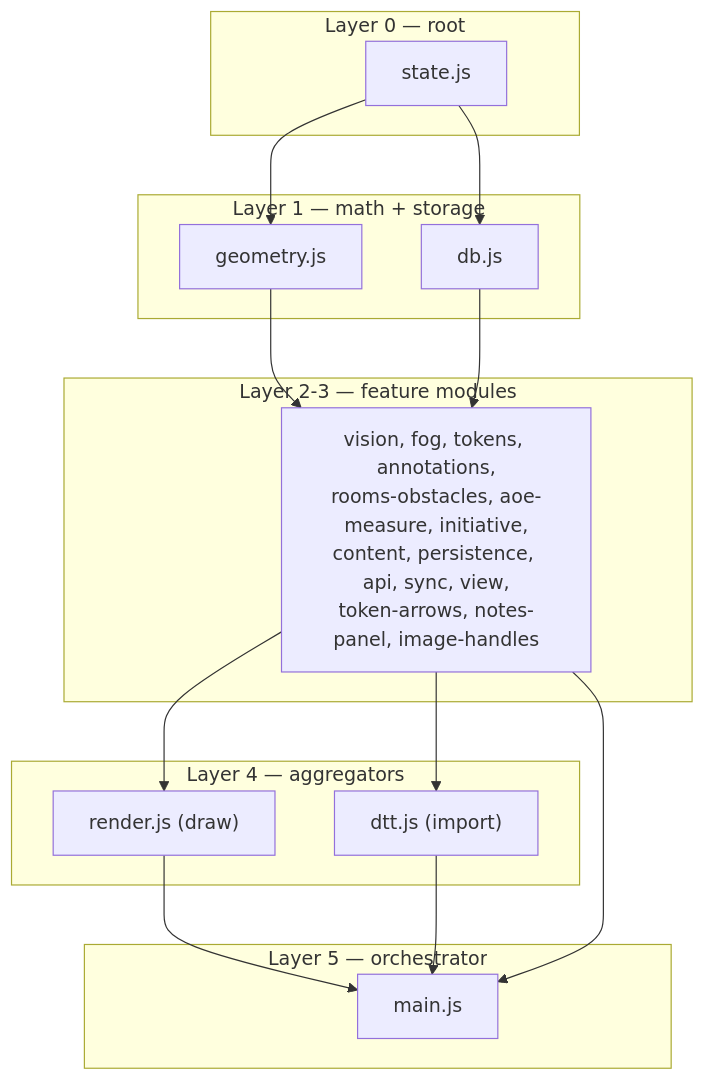
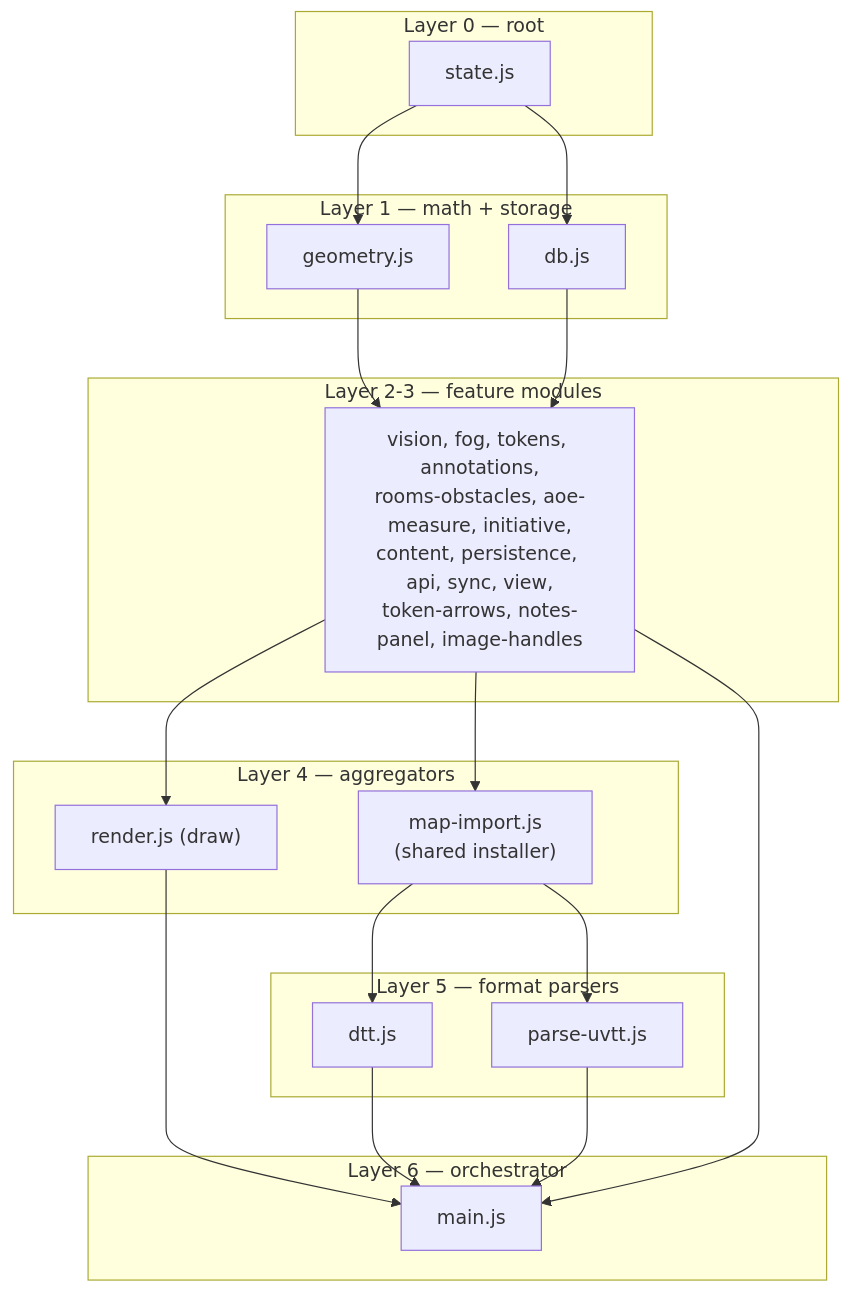
One commit to nickodimus/vwag-table changed the diagram in docs/source/architecture.md. Above: the diagram before and after it, drawn with Mermaid. The commit also changed other lines of this file and 18 other files, not shown here.

Commit message:
Docs: sync import pipeline for UVTT + shared installer

````diff
--- a/docs/source/architecture.md
+++ b/docs/source/architecture.md
@@ -28,30 +28,37 @@
 ```{mermaid}
 graph TD
   subgraph "Layer 0 — root"
     state["state.js"]
   end
   subgraph "Layer 1 — math + storage"
     geometry["geometry.js"]
     db["db.js"]
   end
   subgraph "Layer 2-3 — feature modules"
     features["vision, fog, tokens, annotations,<br/>rooms-obstacles, aoe-measure, initiative,<br/>content, persistence, api, sync, view,<br/>token-arrows, notes-panel, image-handles"]
   end
   subgraph "Layer 4 — aggregators"
     render["render.js (draw)"]
-    dtt["dtt.js (import)"]
+    mapimport["map-import.js<br/>(shared installer)"]
   end
-  subgraph "Layer 5 — orchestrator"
+  subgraph "Layer 5 — format parsers"
+    dtt["dtt.js"]
+    uvtt["parse-uvtt.js"]
+  end
+  subgraph "Layer 6 — orchestrator"
     main["main.js"]
   end
 
   state --> geometry
   state --> db
   geometry --> features
   db --> features
   features --> render
-  features --> dtt
+  features --> mapimport
+  mapimport --> dtt
+  mapimport --> uvtt
   render --> main
   dtt --> main
+  uvtt --> main
   features --> main
 ```
````
